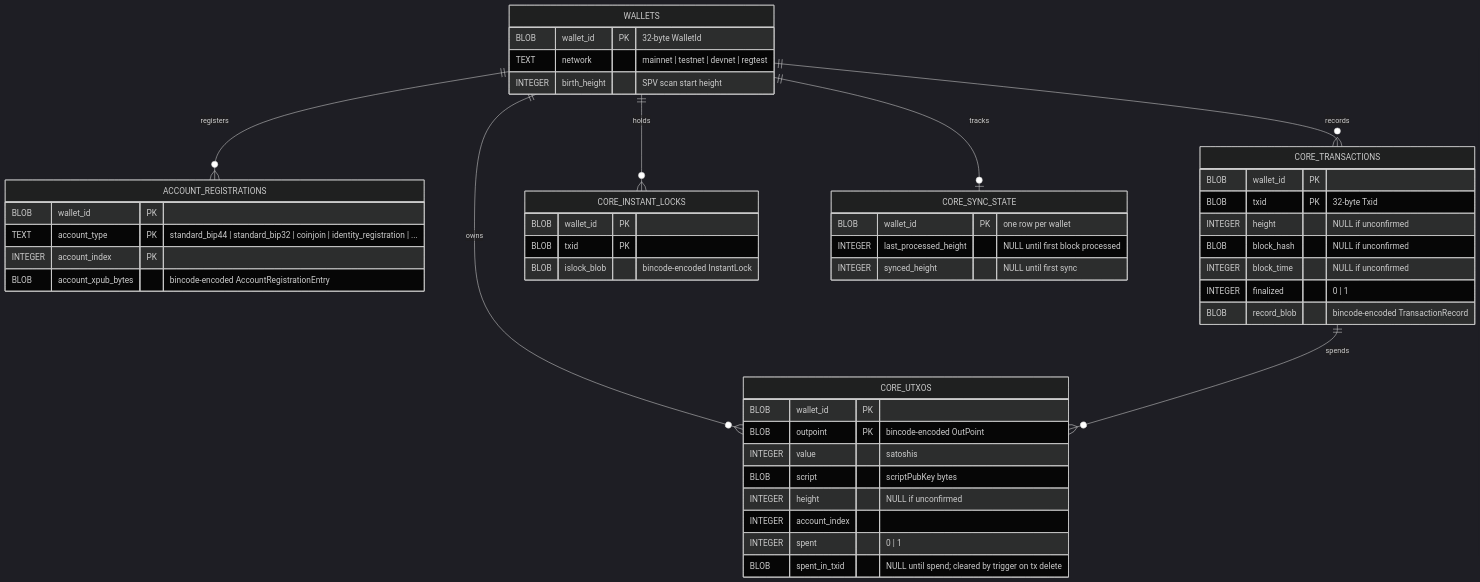
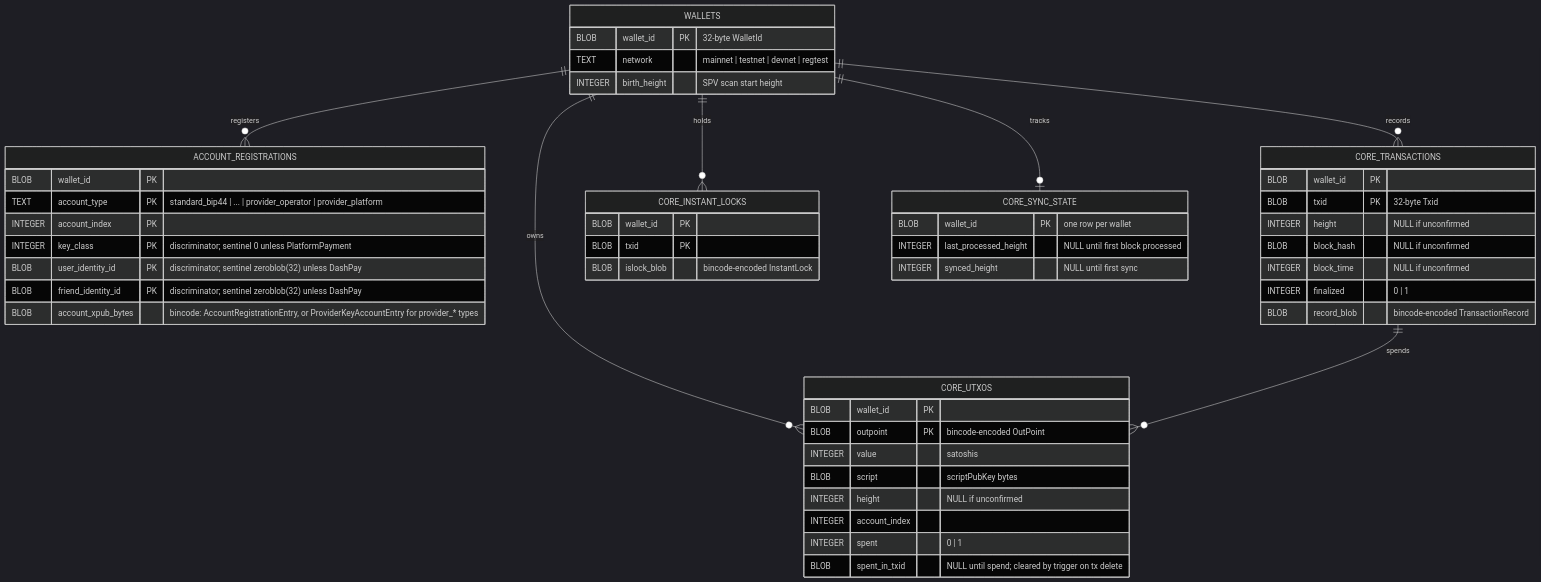
One commit to dashpay/platform changed the first of 5 diagrams in packages/rs-platform-wallet-storage/SCHEMA.md. Above: the diagram before and after it, drawn with Mermaid (dark theme). The commit also changed other lines of this file and 24 other files, not shown here.

Commit message:
fix(platform-wallet-storage): persist provider key accounts and platform-node public keys (closes #4113) (#4117)

````diff
--- a/packages/rs-platform-wallet-storage/SCHEMA.md
+++ b/packages/rs-platform-wallet-storage/SCHEMA.md
@@ -46,55 +46,58 @@
 ```mermaid
 erDiagram
     WALLETS ||--o{ ACCOUNT_REGISTRATIONS : "registers"
     WALLETS ||--o{ CORE_TRANSACTIONS : "records"
     WALLETS ||--o{ CORE_UTXOS : "owns"
     WALLETS ||--o{ CORE_INSTANT_LOCKS : "holds"
     WALLETS ||--o| CORE_SYNC_STATE : "tracks"
     CORE_TRANSACTIONS ||--o{ CORE_UTXOS : "spends"
 
     WALLETS {
         BLOB wallet_id PK "32-byte WalletId"
         TEXT network "mainnet | testnet | devnet | regtest"
         INTEGER birth_height "SPV scan start height"
     }
 
     ACCOUNT_REGISTRATIONS {
         BLOB wallet_id PK
-        TEXT account_type PK "standard_bip44 | standard_bip32 | coinjoin | identity_registration | ..."
+        TEXT account_type PK "standard_bip44 | ... | provider_operator | provider_platform"
         INTEGER account_index PK
-        BLOB account_xpub_bytes "bincode-encoded AccountRegistrationEntry"
+        INTEGER key_class PK "discriminator; sentinel 0 unless PlatformPayment"
+        BLOB user_identity_id PK "discriminator; sentinel zeroblob(32) unless DashPay"
+        BLOB friend_identity_id PK "discriminator; sentinel zeroblob(32) unless DashPay"
+        BLOB account_xpub_bytes "bincode: AccountRegistrationEntry, or ProviderKeyAccountEntry for provider_* types"
     }
 
     CORE_TRANSACTIONS {
         BLOB wallet_id PK
         BLOB txid PK "32-byte Txid"
         INTEGER height "NULL if unconfirmed"
         BLOB block_hash "NULL if unconfirmed"
         INTEGER block_time "NULL if unconfirmed"
         INTEGER finalized "0 | 1"
         BLOB record_blob "bincode-encoded TransactionRecord"
     }
 
     CORE_UTXOS {
         BLOB wallet_id PK
         BLOB outpoint PK "bincode-encoded OutPoint"
         INTEGER value "satoshis"
         BLOB script "scriptPubKey bytes"
         INTEGER height "NULL if unconfirmed"
         INTEGER account_index
         INTEGER spent "0 | 1"
         BLOB spent_in_txid "NULL until spend; cleared by trigger on tx delete"
     }
 
     CORE_INSTANT_LOCKS {
         BLOB wallet_id PK
         BLOB txid PK
         BLOB islock_blob "bincode-encoded InstantLock"
     }
 
     CORE_SYNC_STATE {
         BLOB wallet_id PK "one row per wallet"
         INTEGER last_processed_height "NULL until first block processed"
         INTEGER synced_height "NULL until first sync"
     }
 ```
````
